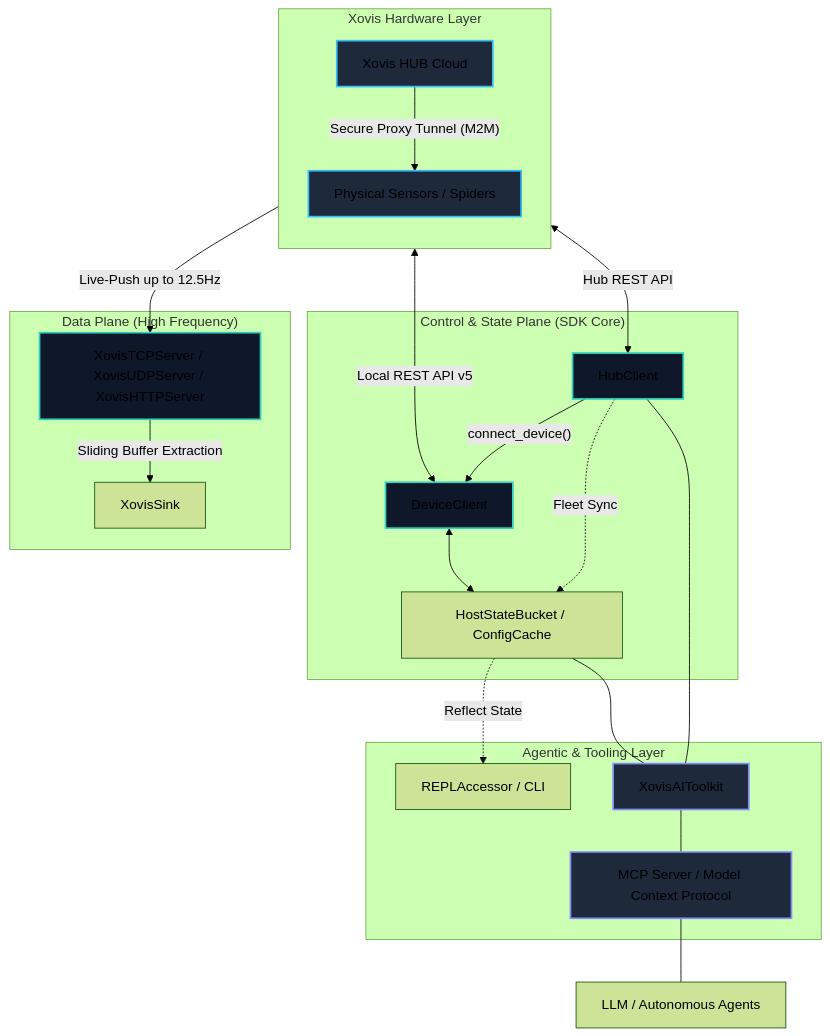
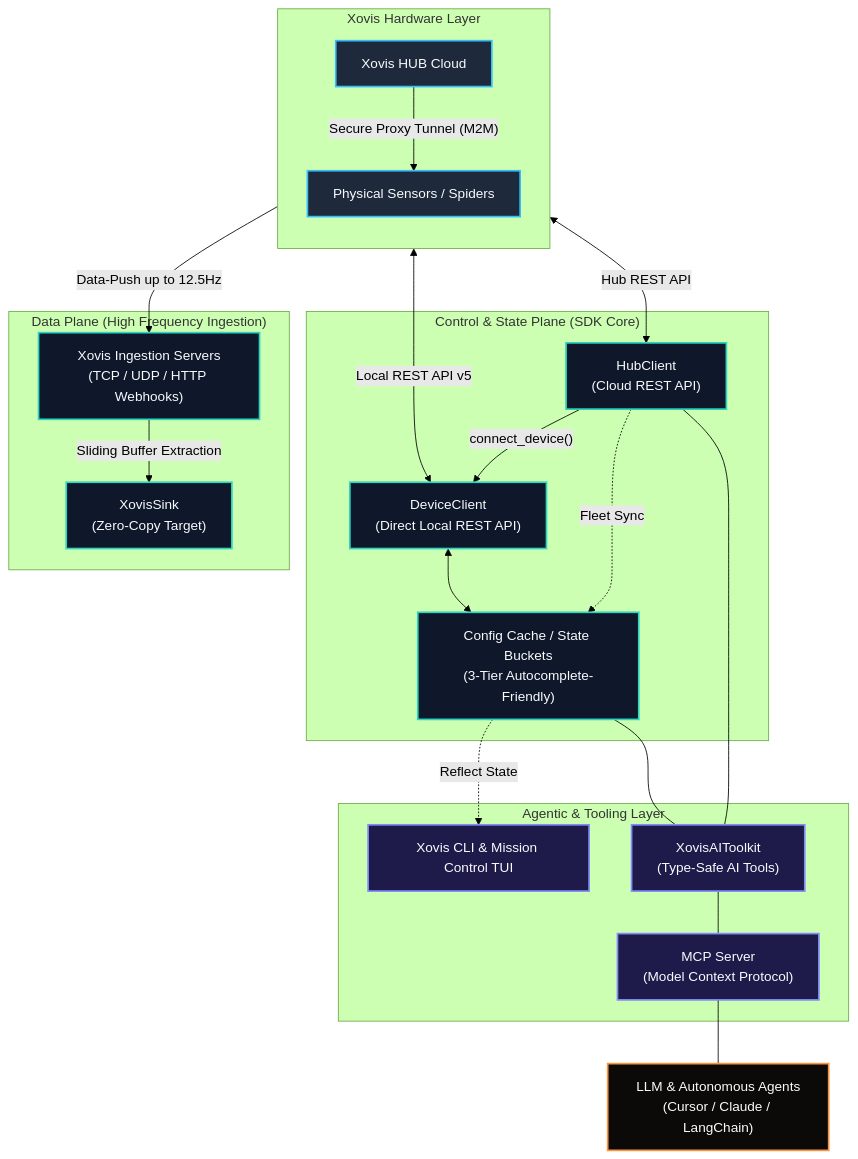
The diagram in README.md (xovis-open-sdk/xovis-sdk), drawn with Mermaid (forest theme) before and after one commit. The commit also changed other lines of this file and 25 other files, not shown here.

````diff
--- a/README.md
+++ b/README.md
@@ -36,56 +36,53 @@
 ```mermaid
 graph TB
+    %% Class Definitions for High-End Professional Design
+    classDef hardware fill:#1e293b,stroke:#38bdf8,stroke-width:2px,color:#f8fafc;
+    classDef core fill:#0f172a,stroke:#2dd4bf,stroke-width:2px,color:#f8fafc;
+    classDef agentic fill:#1e1b4b,stroke:#818cf8,stroke-width:2px,color:#f8fafc;
+    classDef external fill:#0c0a09,stroke:#fb923c,stroke-width:2px,color:#f8fafc;
+
     subgraph "Xovis Hardware Layer"
         direction TB
-        A[Physical Sensors / Spiders]
-        H[Xovis HUB Cloud]
-        H -- Secure Proxy Tunnel (M2M) --> A
+        A["Physical Sensors / Spiders"]:::hardware
+        H["Xovis HUB Cloud"]:::hardware
+        H -- "Secure Proxy Tunnel (M2M)" --> A
     end
 
-    subgraph "Data Plane (High Frequency)"
-        B[XovisTCPServer / XovisUDPServer / XovisHTTPServer]
-        S[XovisSink]
+    subgraph "Data Plane (High Frequency Ingestion)"
+        B["Xovis Ingestion Servers<br/>(TCP / UDP / HTTP Webhooks)"]:::core
+        S["XovisSink<br/>(Zero-Copy Target)"]:::core
     end
 
     subgraph "Control & State Plane (SDK Core)"
-        C[DeviceClient]
-        F[HubClient]
-        D[HostStateBucket / ConfigCache]
+        C["DeviceClient<br/>(Direct Local REST API)"]:::core
+        F["HubClient<br/>(Cloud REST API)"]:::core
+        D["Config Cache / State Buckets<br/>(3-Tier Autocomplete-Friendly)"]:::core
         
         F -- "connect_device()" --> C
         C <--> D
     end
 
     subgraph "Agentic & Tooling Layer"
-        G[XovisAIToolkit]
-        M[MCP Server / Model Context Protocol]
-        R[REPLAccessor / CLI]
+        G["XovisAIToolkit<br/>(Type-Safe AI Tools)"]:::agentic
+        M["MCP Server<br/>(Model Context Protocol)"]:::agentic
+        R["Xovis CLI & Mission Control TUI"]:::agentic
     end
 
     %% Data Connections
-    A -->|Live-Push up to 12.5Hz| B
+    A -->|Data-Push up to 12.5Hz| B
     B -->|Sliding Buffer Extraction| S
 
     %% Control Connections
     A <-->|Local REST API v5| C
     H <-->|Hub REST API| F
     
     %% Fleet Integration
     D -. "Reflect State" .-> R
     F -. "Fleet Sync" .-> D
 
     %% AI Integration
     D --- G
     F --- G
     G --- M
-    M --- LLM[LLM / Autonomous Agents]
-
-    %% Styling
-    style A fill:#1e293b,stroke:#38bdf8,stroke-width:2px
-    style H fill:#1e293b,stroke:#38bdf8,stroke-width:2px
-    style B fill:#0f172a,stroke:#2dd4bf,stroke-width:2px
-    style C fill:#0f172a,stroke:#2dd4bf,stroke-width:2px
-    style F fill:#0f172a,stroke:#2dd4bf,stroke-width:2px
-    style G fill:#1e293b,stroke:#818cf8,stroke-width:2px
-    style M fill:#1e293b,stroke:#818cf8,stroke-width:2px
+    M --- LLM["LLM & Autonomous Agents<br/>(Cursor / Claude / LangChain)"]:::external
 ```
````
